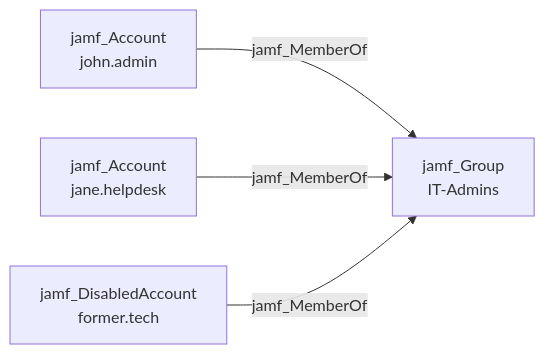
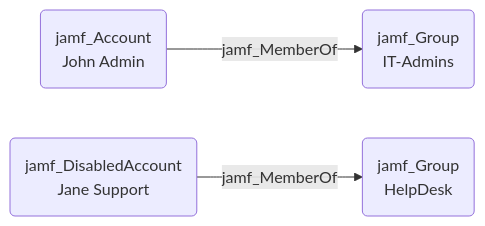
One commit to SpecterOps/bloodhound-docs changed the diagram in docs/opengraph/extensions/jamfhound/reference/edges/jamf_memberof.mdx. Above: the diagram before and after it, drawn with Mermaid. The commit also changed 33 other files, not shown here.

Commit message:
Updated documentation with revised mermaid diagrams

````diff
--- a/docs/opengraph/extensions/jamfhound/reference/edges/jamf_memberof.mdx
+++ b/docs/opengraph/extensions/jamfhound/reference/edges/jamf_memberof.mdx
@@ -18,6 +18,13 @@
 ```mermaid
 graph LR
-    A["jamf_Account\njohn.admin"] -->|jamf_MemberOf| B["jamf_Group\nIT-Admins"]
-    C["jamf_Account\njane.helpdesk"] -->|jamf_MemberOf| B
-    D["jamf_DisabledAccount\nformer.tech"] -->|jamf_MemberOf| B
+    A("jamf_Account
+John Admin")
+    B("jamf_Group
+IT-Admins")
+    C("jamf_DisabledAccount
+Jane Support")
+    D("jamf_Group
+HelpDesk")
+    A -- jamf_MemberOf --> B
+    C -- jamf_MemberOf --> D
 ```
````
